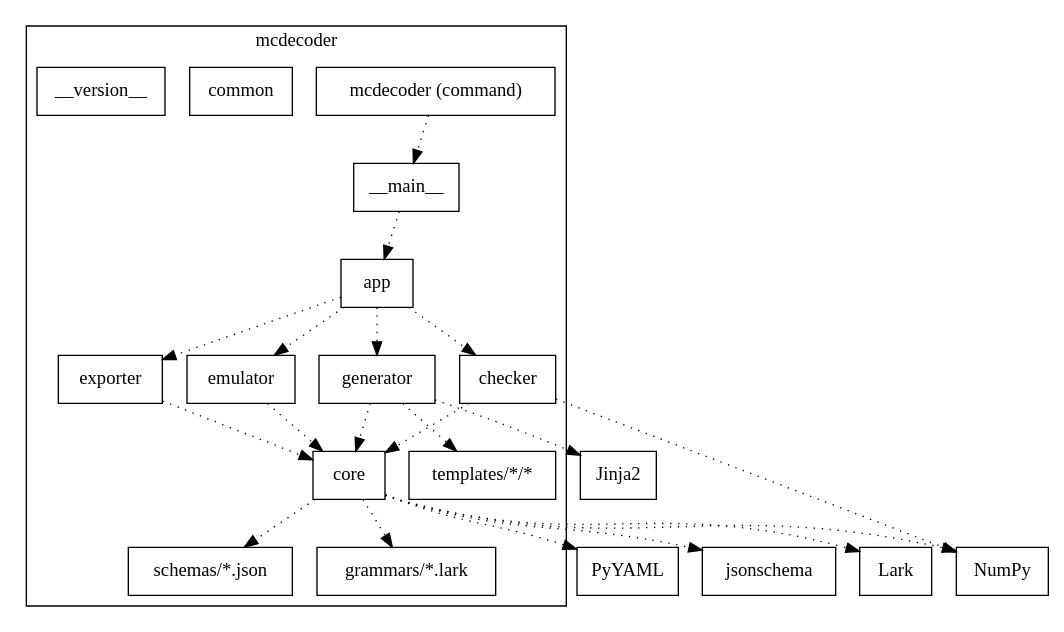
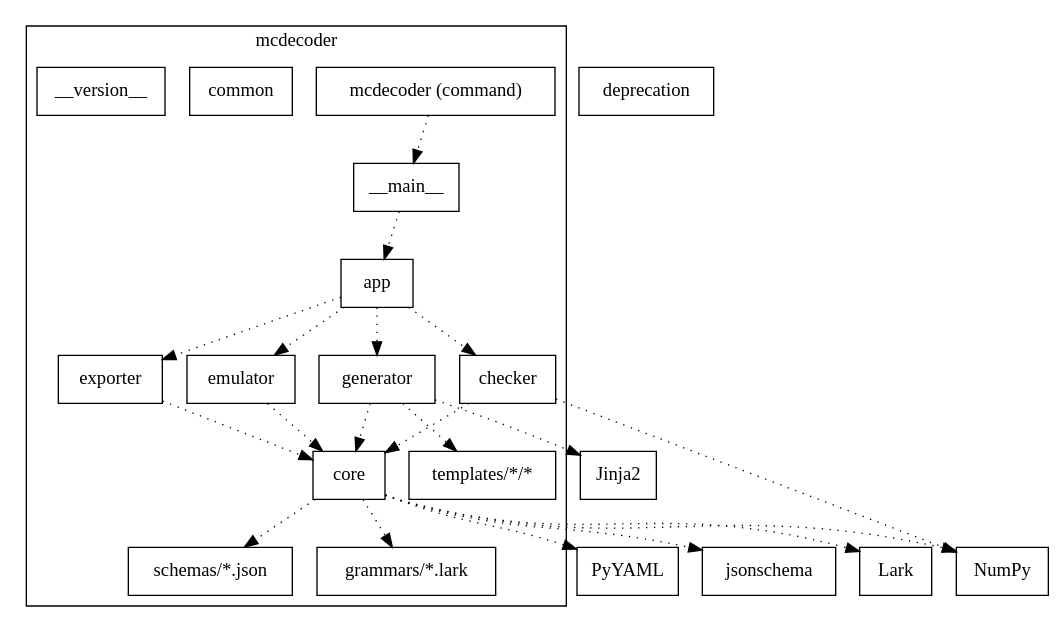
One commit to wildlarva/mcdecoder changed the first of 2 diagrams in src_docs/dev_design.rst. Above: the diagram before and after it, drawn with Graphviz. The commit also changed other lines of this file and 1 other file, not shown here.

```diff
--- a/src_docs/dev_design.rst
+++ b/src_docs/dev_design.rst
@@ -12,26 +12,27 @@
 .. digraph:: runtime
 
     node [shape=box]
     edge [style=dotted]
 
     subgraph cluster_mcdecoder {
         label = "mcdecoder"
 
         mcdecoder -> __main__ -> app -> {generator, exporter, emulator, checker} -> core
         generator -> templates
         core -> {schemas, grammars}
 
         mcdecoder [label = "mcdecoder (command)"]
         common
         __version__
         templates [label = "templates/*/*"]
         schemas [label = "schemas/*.json"]
         grammars [label = "grammars/*.lark"]
     }
 
     generator -> Jinja2
     checker -> numpy
     core -> {PyYAML, jsonschema, lark, numpy}
 
     lark [label = "Lark"]
     numpy [label = "NumPy"]
+    deprecation
```
